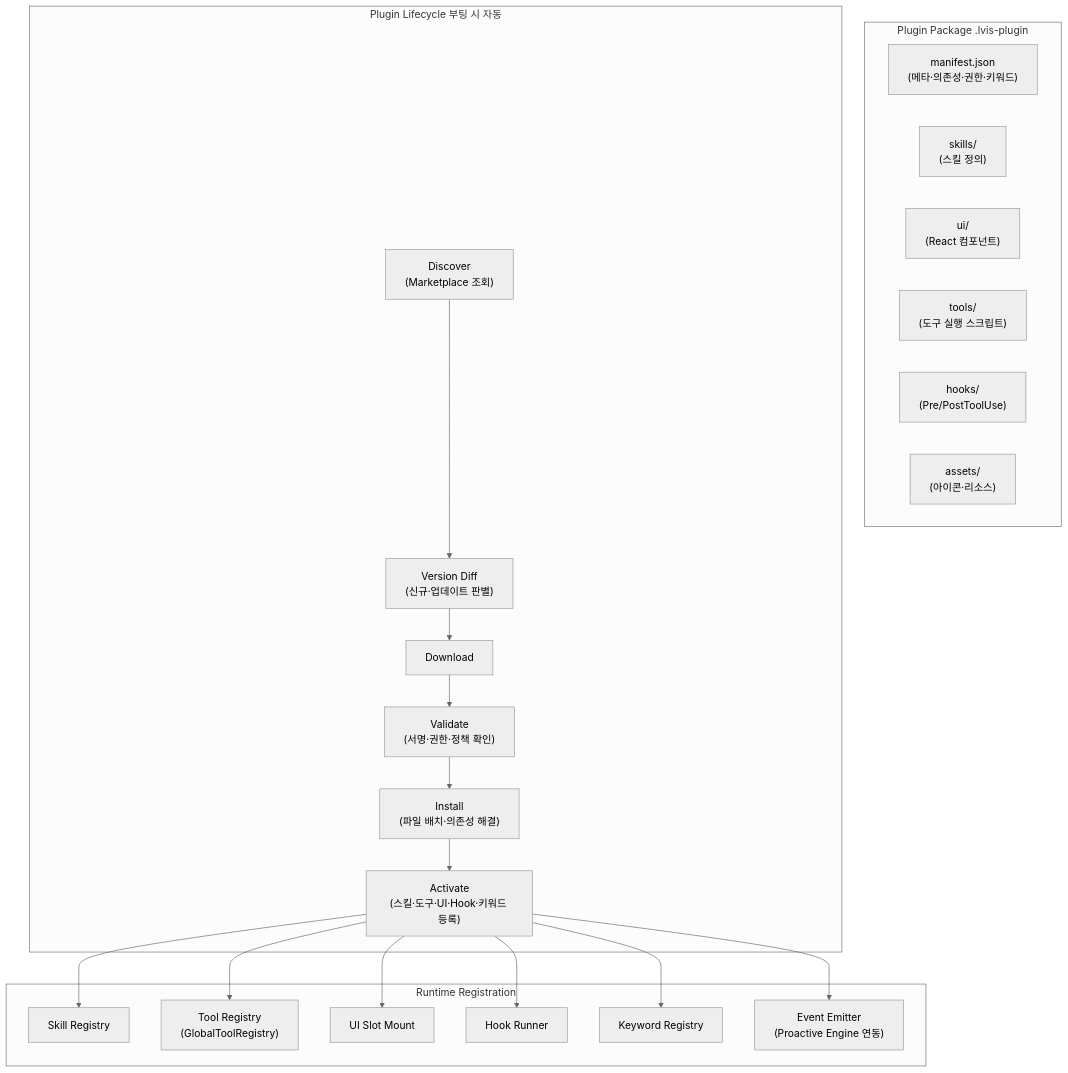
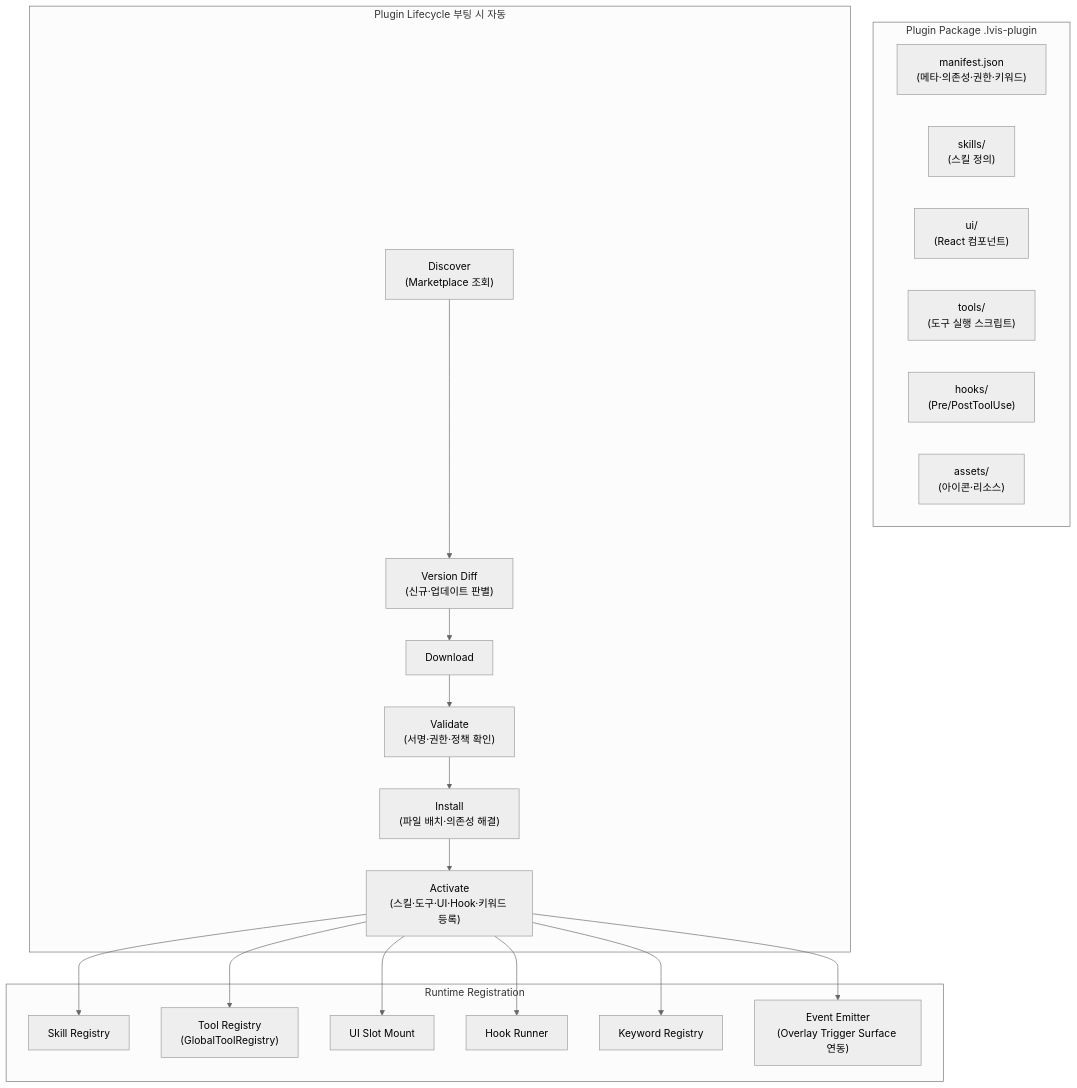
Diagram 27 of 44 in docs/architecture/architecture.md (lvis-project/lvis-app), drawn with Mermaid (neutral theme) before and after one commit. The commit also changed other lines of this file and 49 other files, not shown here.

First line of the commit message:
Overlay trigger 권한 경계와 용어를 정렬 (#645)

````diff
--- a/docs/architecture/architecture.md
+++ b/docs/architecture/architecture.md
@@ -2365,38 +2310,38 @@
 ```mermaid
 graph TB
     subgraph "Plugin Package .lvis-plugin"
         MANIFEST["manifest.json<br/>(메타·의존성·권한·키워드)"]
         SKILLS["skills/<br/>(스킬 정의)"]
         UI_COMP["ui/<br/>(React 컴포넌트)"]
         TOOLS["tools/<br/>(도구 실행 스크립트)"]
         HOOKS["hooks/<br/>(Pre/PostToolUse)"]
         ASSETS["assets/<br/>(아이콘·리소스)"]
     end
 
     subgraph "Plugin Lifecycle 부팅 시 자동"
         DISCOVER["Discover<br/>(Marketplace 조회)"]
         DIFF["Version Diff<br/>(신규·업데이트 판별)"]
         DOWNLOAD["Download"]
         VALIDATE["Validate<br/>(서명·권한·정책 확인)"]
         INSTALL["Install<br/>(파일 배치·의존성 해결)"]
         ACTIVATE["Activate<br/>(스킬·도구·UI·Hook·키워드 등록)"]
 
         DISCOVER --> DIFF --> DOWNLOAD --> VALIDATE --> INSTALL --> ACTIVATE
     end
 
     subgraph "Runtime Registration"
         SKILL_REG["Skill Registry"]
         TOOL_REG["Tool Registry<br/>(GlobalToolRegistry)"]
         UI_MOUNT["UI Slot Mount"]
         HOOK_REG["Hook Runner"]
         KW_REG["Keyword Registry"]
-        EVENT_REG["Event Emitter<br/>(Proactive Engine 연동)"]
+        EVENT_REG["Event Emitter<br/>(Overlay Trigger Surface 연동)"]
     end
 
     ACTIVATE --> SKILL_REG
     ACTIVATE --> TOOL_REG
     ACTIVATE --> UI_MOUNT
     ACTIVATE --> HOOK_REG
     ACTIVATE --> KW_REG
     ACTIVATE --> EVENT_REG
 ```
````
